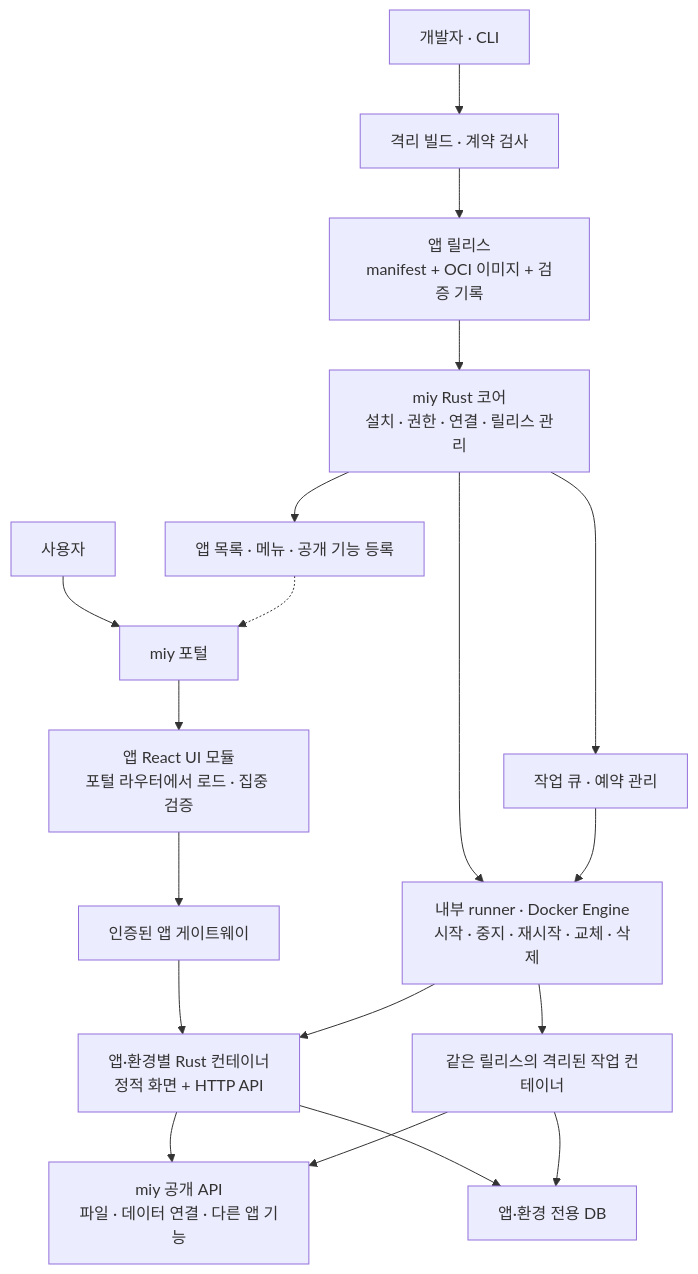
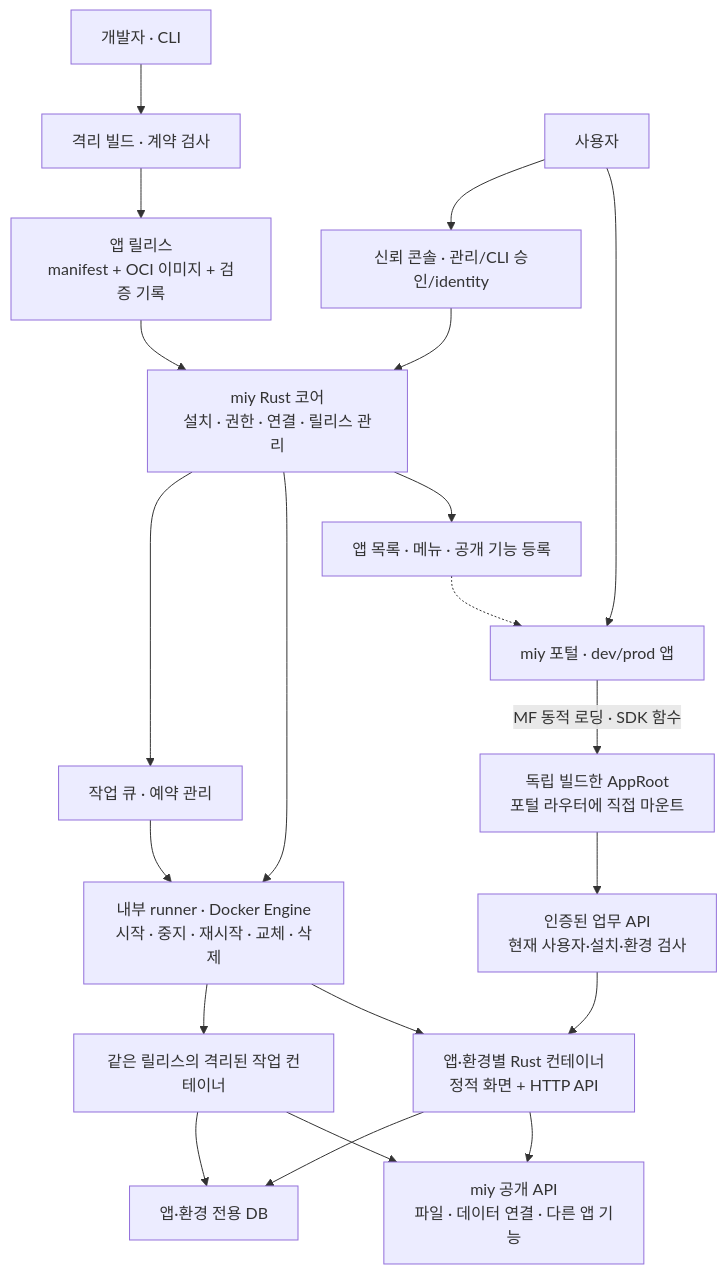
Before and after one commit to hurxxxx/miy-v2: the diagram in docs/DEVELOPMENT.md, drawn with Mermaid. The commit also changed other lines of this file and 132 other files, not shown here.

Commit message:
feat: separate portal and console security boundaries without iframes

````diff
--- a/docs/DEVELOPMENT.md
+++ b/docs/DEVELOPMENT.md
@@ -269,21 +271,23 @@
 ```mermaid
 flowchart TB
   Dev["개발자 · CLI"] --> Build["격리 빌드 · 계약 검사"]
   Build --> Release["앱 릴리스<br/>manifest + OCI 이미지 + 검증 기록"]
   Release --> Control["miy Rust 코어<br/>설치 · 권한 · 연결 · 릴리스 관리"]
   Control --> Catalog["앱 목록 · 메뉴 · 공개 기능 등록"]
   Control --> Runner["내부 runner · Docker Engine<br/>시작 · 중지 · 재시작 · 교체 · 삭제"]
-  User["사용자"] --> Portal["miy 포털"]
+  User["사용자"] --> Portal["miy 포털 · dev/prod 앱"]
+  User --> Console["신뢰 콘솔 · 관리/CLI 승인/identity"]
+  Console --> Control
   Catalog -.-> Portal
-  Portal --> UI["앱 React UI 모듈<br/>포털 라우터에서 로드 · 집중 검증"]
-  UI --> Gateway["인증된 앱 게이트웨이"]
+  Portal -->|"MF 동적 로딩 · SDK 함수"| UI["독립 빌드한 AppRoot<br/>포털 라우터에 직접 마운트"]
+  UI --> Gateway["인증된 업무 API<br/>현재 사용자·설치·환경 검사"]
   Gateway --> API["앱·환경별 Rust 컨테이너<br/>정적 화면 + HTTP API"]
   Runner --> API
   Control --> Queue["작업 큐 · 예약 관리"]
   Queue --> Runner
   Runner --> Jobs["같은 릴리스의 격리된 작업 컨테이너"]
   API --> Platform["miy 공개 API<br/>파일 · 데이터 연결 · 다른 앱 기능"]
   Jobs --> Platform
   API --> DB["앱·환경 전용 DB"]
   Jobs --> DB
 ```
````
